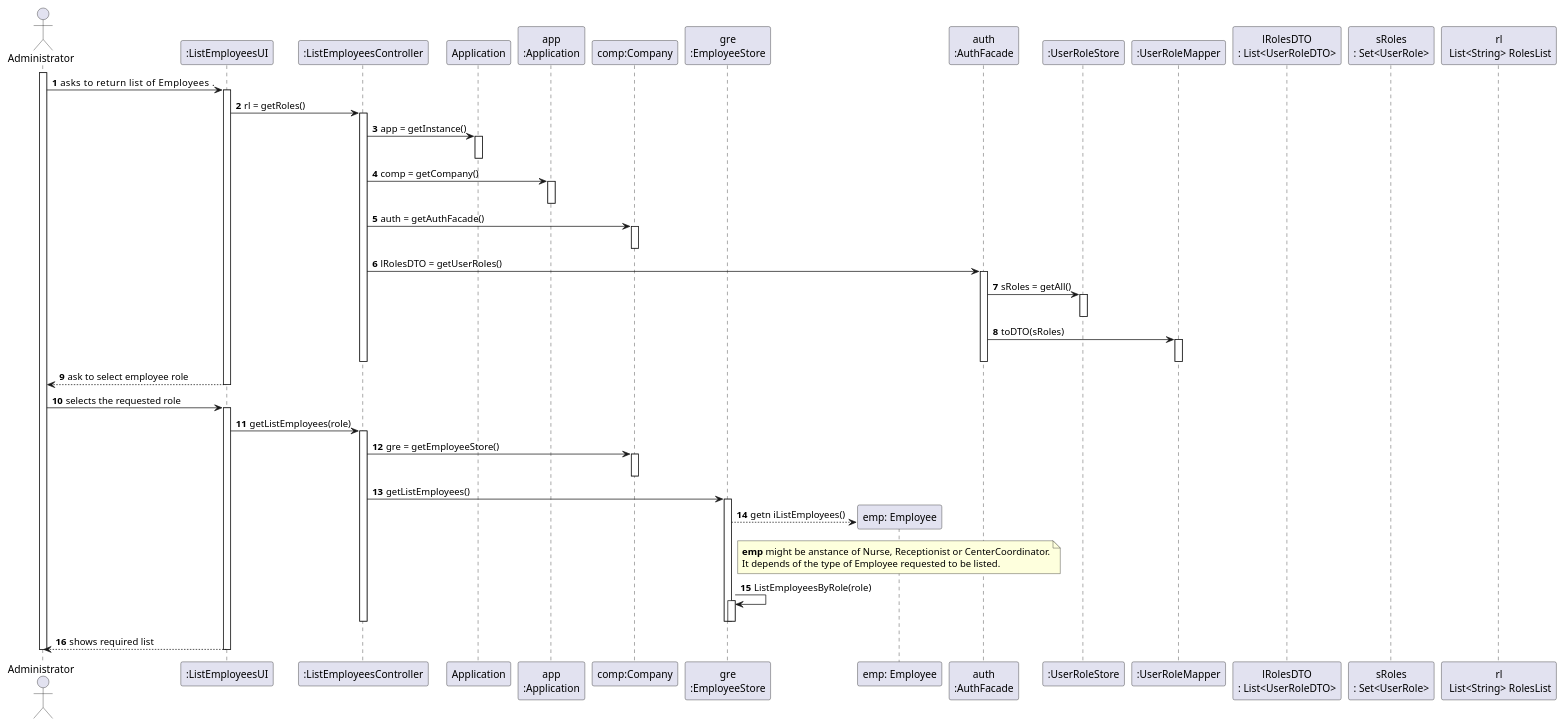
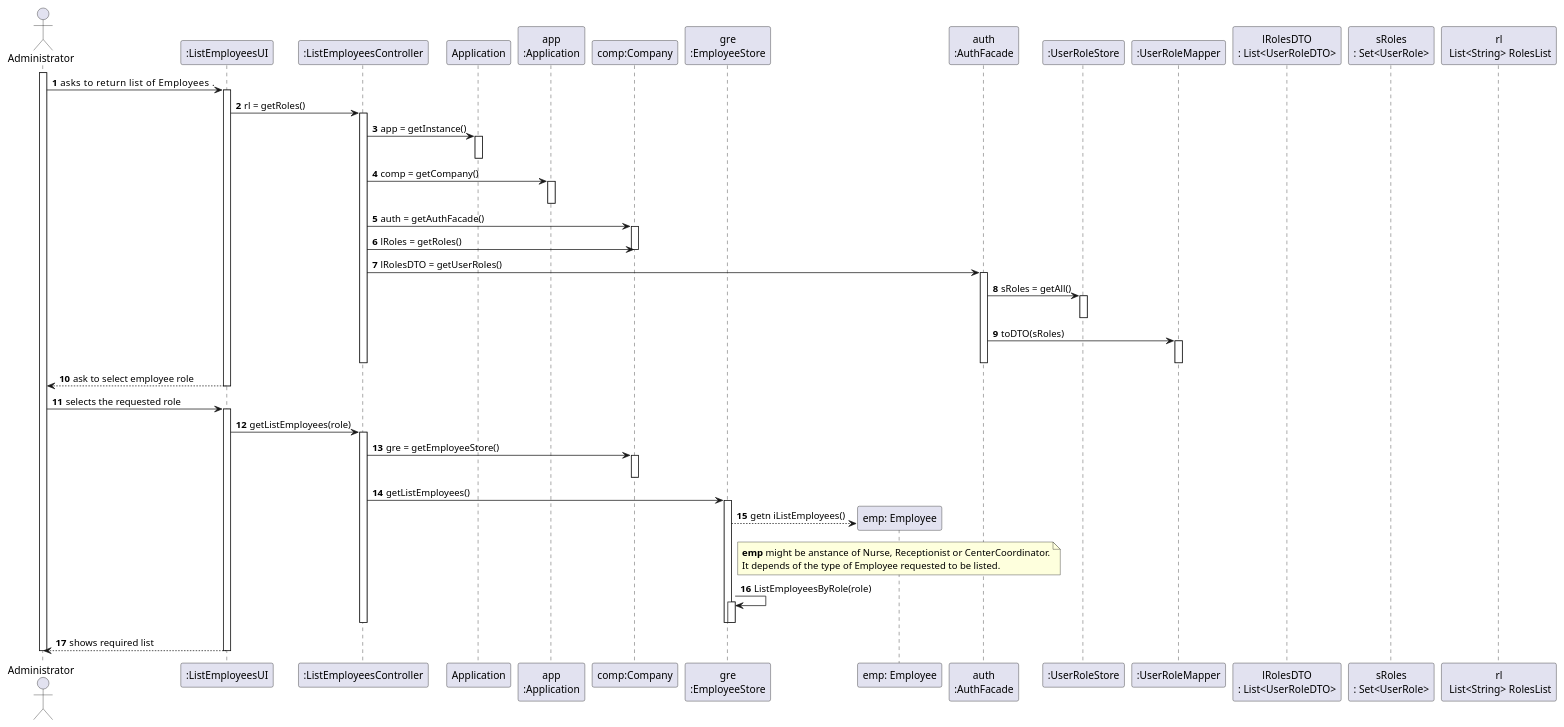
One commit to diogonapoles/isep-lapr2 changed the diagram in docs/SprintB/UserStories/US11/US11_SD.puml. Above: the diagram before and after it, drawn with PlantUML. The commit also changed 3 other files, not shown here.

```diff
--- a/docs/SprintB/UserStories/US11/US11_SD.puml
+++ b/docs/SprintB/UserStories/US11/US11_SD.puml
@@ -1,102 +1,106 @@
 @startuml
 autonumber
 actor "Administrator" as ADM
 
 
 participant ":ListEmployeesUI" as UI
 participant ":ListEmployeesController" as CTRL
 participant ":ListEmployeesUI" as UI
 participant ":ListEmployeesController" as CTRL
 participant "Application" as APP
 participant "app\n:Application" as App
 participant "comp:Company" as COMP
 participant "gre\n:EmployeeStore" as ES
 participant "emp: Employee" as EMP
 participant "auth\n:AuthFacade" as AF
 participant ":UserRoleStore" as URS
 participant ":UserRoleMapper" as URM
 participant "lRolesDTO\n: List<UserRoleDTO>" as lRDTO
 participant "sRoles\n: Set<UserRole>" as SR
 participant "rl\n List<String> RolesList" as rl
 
 
 activate ADM
 
 ADM -> UI : asks to return list of Employees     .
 activate UI
 
 UI -> CTRL : rl = getRoles()
 activate CTRL
 
 CTRL -> APP : app = getInstance()
 activate APP
 deactivate APP
 
 CTRL -> App : comp = getCompany()
 activate App
 deactivate App
 
 
 CTRL -> COMP: auth = getAuthFacade()
 activate COMP
+
+
+CTRL -> COMP: lRoles = getRoles()
 deactivate COMP
+
 
 CTRL -> AF : lRolesDTO = getUserRoles()
 activate AF
 
 AF -> URS : sRoles = getAll()
 activate URS
 deactivate URS
 
 AF -> URM :  toDTO(sRoles)
 activate URM
 
 deactivate URM
 deactivate AF
 deactivate CTRL
 
 UI --> ADM : ask to select employee role
 deactivate UI
 
 
 
 ADM -> UI : selects the requested role
 activate UI
 
 
 
 UI -> CTRL : getListEmployees(role)
 activate CTRL
 
 CTRL -> COMP : gre = getEmployeeStore()
 activate COMP
 deactivate COMP
 
 CTRL -> ES : getListEmployees()
 activate ES
 
 
 ES --> EMP** : getn iListEmployees()
                                      note over EMP : **emp** might be anstance of Nurse, Receptionist or CenterCoordinator.\nIt depends of the type of Employee requested to be listed.
 
 
 ES -> ES : ListEmployeesByRole(role)
 activate ES
 deactivate ES
 deactivate ES
 
 
 
 
 
 deactivate CTRL
 deactivate ES
 
 UI --> ADM : shows required list
 deactivate UI
 
 
 
 deactivate ADM
 
 @enduml
```
